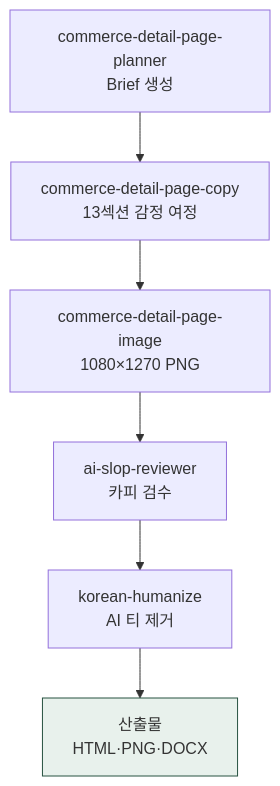
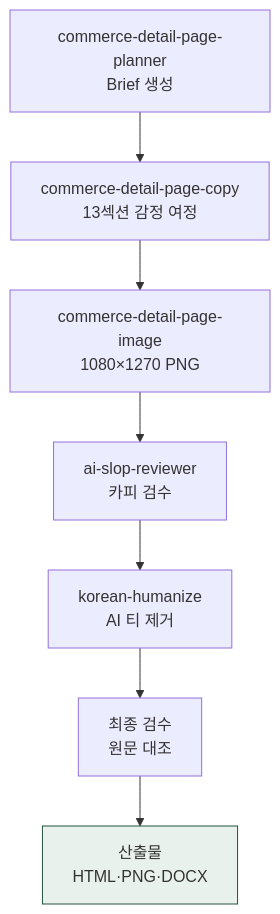
One commit to modu-ai/cowork-plugins changed the second of 2 diagrams in www/content/cookbook/tracks/track-commerce.md. Above: the diagram before and after it, drawn with Mermaid. The commit also changed other lines of this file and 113 other files, not shown here.

````diff
--- a/www/content/cookbook/tracks/track-commerce.md
+++ b/www/content/cookbook/tracks/track-commerce.md
@@ -80,9 +80,10 @@
 ```mermaid
 flowchart TD
    P1["commerce-detail-page-planner<br/>Brief 생성"] --> P2["commerce-detail-page-copy<br/>13섹션 감정 여정"]
    P2 --> P3["commerce-detail-page-image<br/>1080×1270 PNG"]
    P3 --> P4["ai-slop-reviewer<br/>카피 검수"]
    P4 --> P5["korean-humanize<br/>AI 티 제거"]
-   P5 --> Out["산출물<br/>HTML·PNG·DOCX"]
+   P5 --> P6["최종 검수<br/>원문 대조"]
+   P6 --> Out["산출물<br/>HTML·PNG·DOCX"]
    style Out fill:#e8f1ec,stroke:#265240
 ```
````
